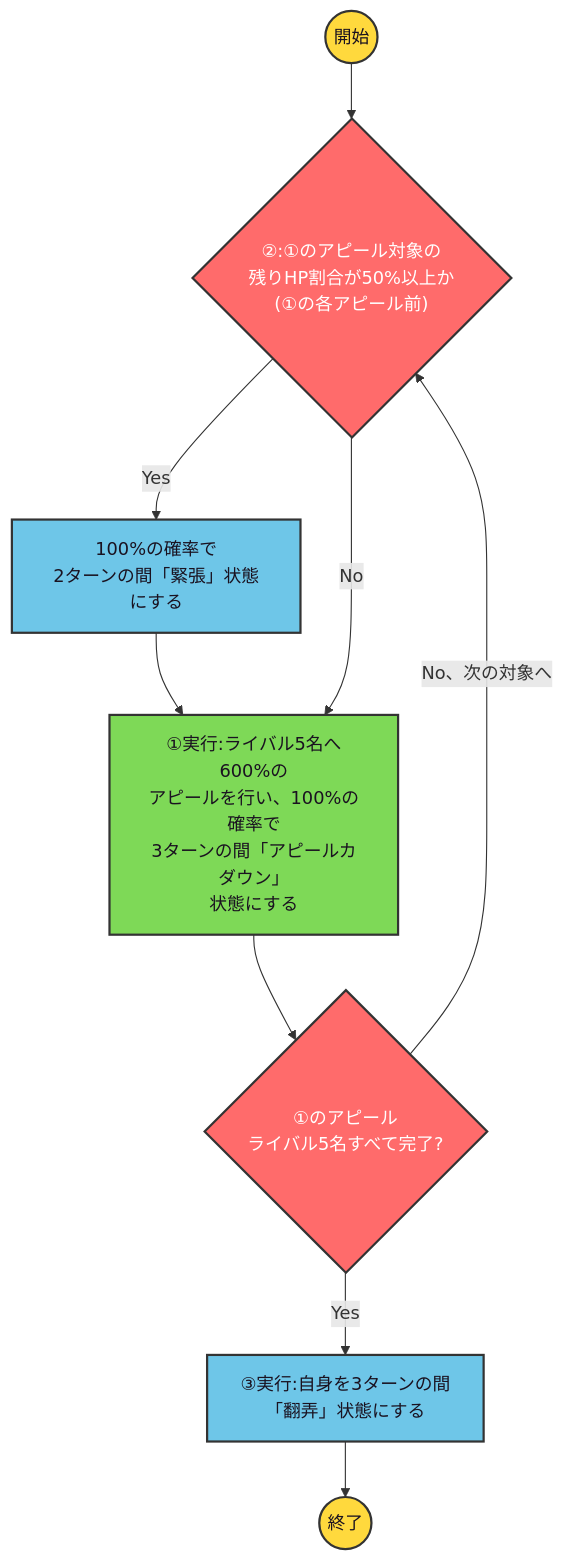
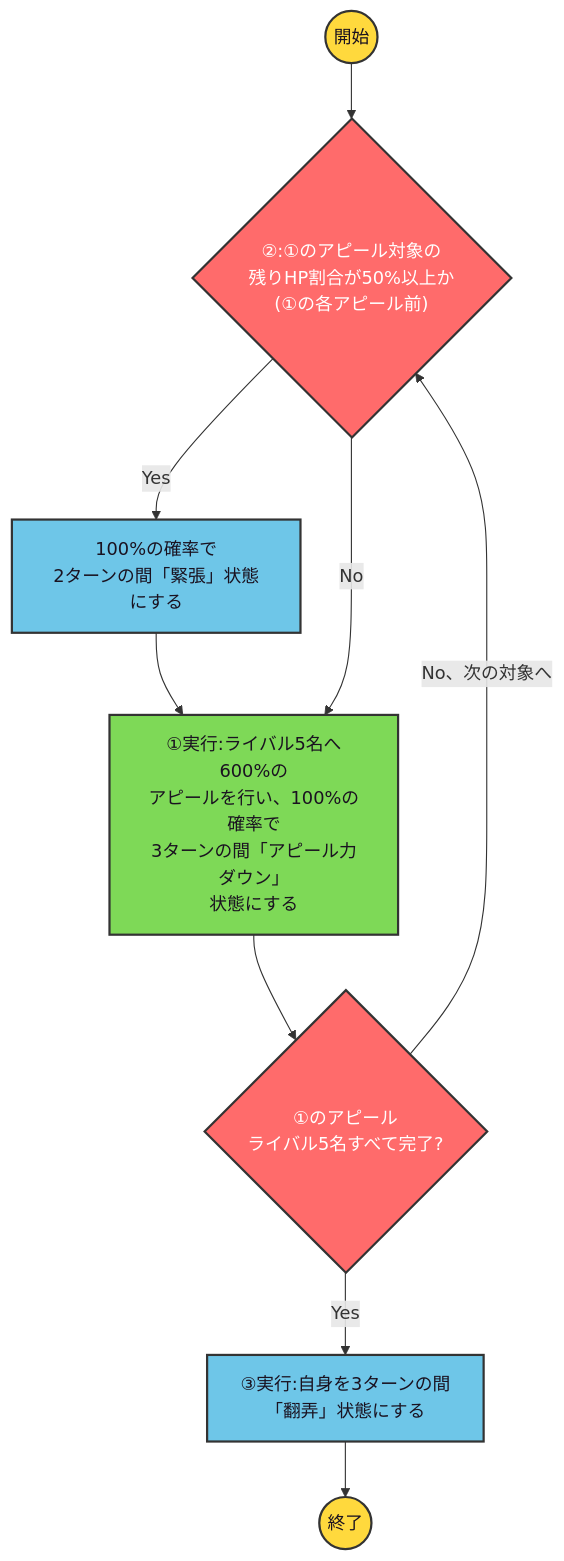
Before and after one commit to ryomochi0918/nogifra-characters: the diagram in data/hayashi_runa/kokonihanaimono_skill1.mmd, drawn with Mermaid. The commit also changed 19 other files, not shown here.

```diff
--- a/data/hayashi_runa/kokonihanaimono_skill1.mmd
+++ b/data/hayashi_runa/kokonihanaimono_skill1.mmd
@@ -1,12 +1,12 @@
 flowchart TD
     classDef startend fill:#FFD93D,stroke:#333,stroke-width:2px,color:#1a1220;
     classDef cond fill:#FF6B6B,stroke:#333,stroke-width:2px,color:#ffffff;
     classDef effect fill:#6EC6E8,stroke:#333,stroke-width:2px,color:#1a1220;
     classDef action fill:#7ED957,stroke:#333,stroke-width:2px,color:#1a1220;
 
     start(("開始")):::startend --> c2{"②:①のアピール対象の<br/>残りHP割合が50%以上か<br/>(①の各アピール前)"}:::cond
     c2 -->|"Yes"| e2["100%の確率で<br/>2ターンの間「緊張」状態にする"]:::effect --> a1
-    c2 -->|"No"| a1["①実行:ライバル5名へ600%の<br/>アピールを行い、100%の確率で<br/>3ターンの間「アピールカダウン」<br/>状態にする"]:::action
+    c2 -->|"No"| a1["①実行:ライバル5名へ600%の<br/>アピールを行い、100%の確率で<br/>3ターンの間「アピール力ダウン」<br/>状態にする"]:::action
     a1 --> lc1{"①のアピール<br/>ライバル5名すべて完了?"}:::cond
     lc1 -->|"No、次の対象へ"| c2
     lc1 -->|"Yes"| e3["③実行:自身を3ターンの間<br/>「翻弄」状態にする"]:::effect --> finish(("終了")):::startend
```
